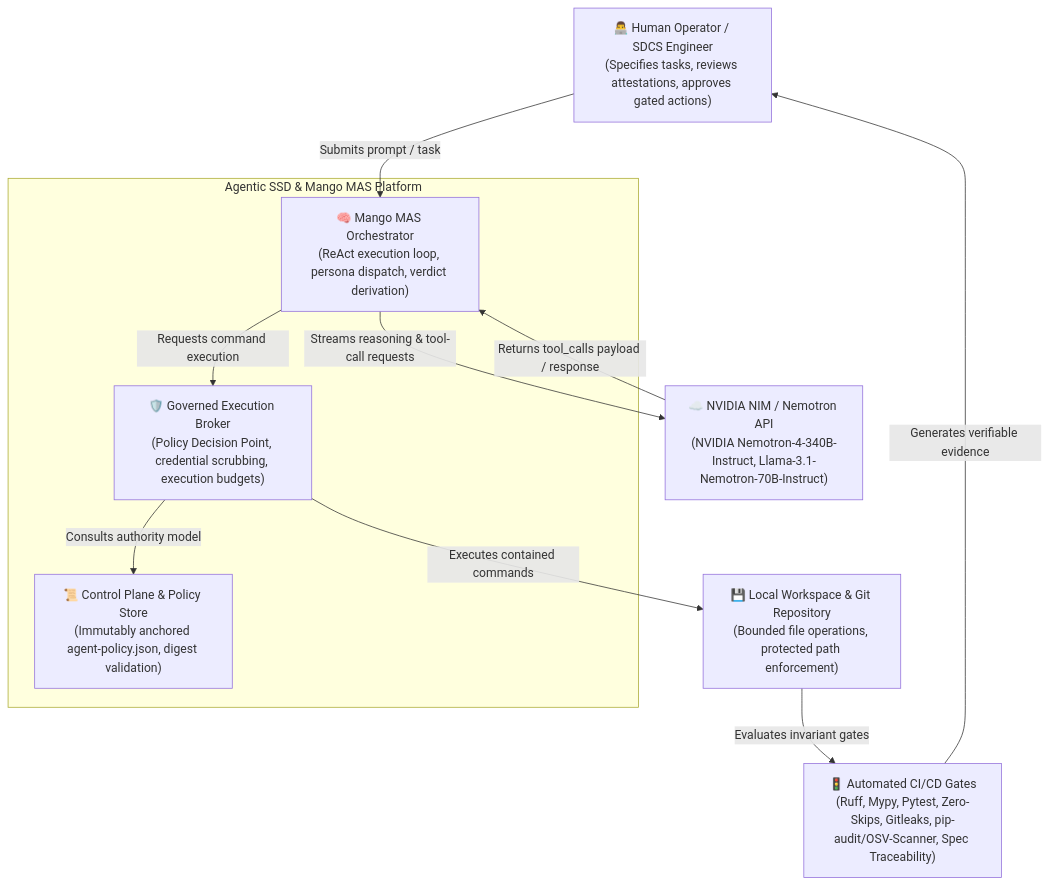
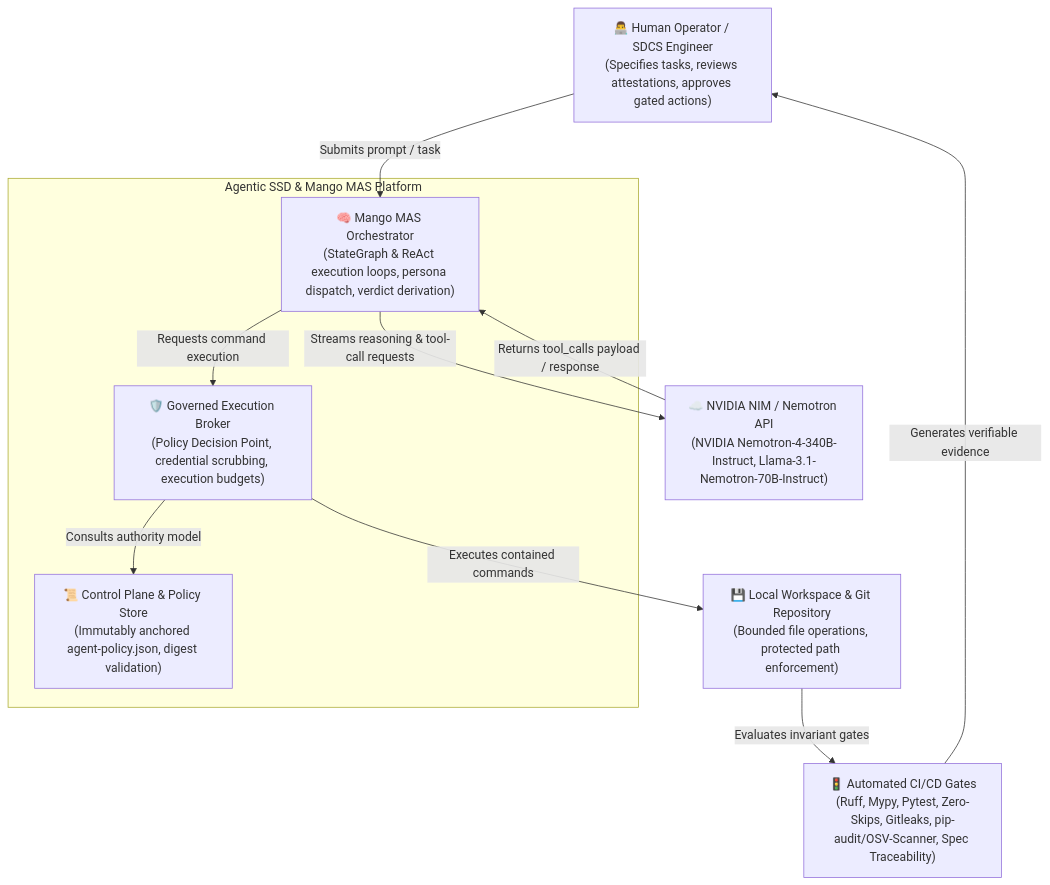
The first of 3 diagrams in docs/architecture/c4_architecture.md (ianshank/Mango_Code_Agent-Harness), drawn with Mermaid before and after one commit. The commit also changed other lines of this file and 27 other files, not shown here.

````diff
--- a/docs/architecture/c4_architecture.md
+++ b/docs/architecture/c4_architecture.md
@@ -13,23 +13,23 @@
 ```mermaid
 graph TD
     User["👨‍💻 Human Operator / SDCS Engineer<br/>(Specifies tasks, reviews attestations, approves gated actions)"]
     
     subgraph Harness_System ["Agentic SSD & Mango MAS Platform"]
-        Orchestrator["🧠 Mango MAS Orchestrator<br/>(ReAct execution loop, persona dispatch, verdict derivation)"]
+        Orchestrator["🧠 Mango MAS Orchestrator<br/>(StateGraph & ReAct execution loops, persona dispatch, verdict derivation)"]
         Broker["🛡️ Governed Execution Broker<br/>(Policy Decision Point, credential scrubbing, execution budgets)"]
         ControlPlane["📜 Control Plane & Policy Store<br/>(Immutably anchored agent-policy.json, digest validation)"]
     end
     
     NIM["☁️ NVIDIA NIM / Nemotron API<br/>(NVIDIA Nemotron-4-340B-Instruct, Llama-3.1-Nemotron-70B-Instruct)"]
     LocalFS["💾 Local Workspace & Git Repository<br/>(Bounded file operations, protected path enforcement)"]
     CIGates["🚦 Automated CI/CD Gates<br/>(Ruff, Mypy, Pytest, Zero-Skips, Gitleaks, pip-audit/OSV-Scanner, Spec Traceability)"]
 
     User -->|Submits prompt / task| Orchestrator
     Orchestrator -->|Streams reasoning & tool-call requests| NIM
     NIM -->|Returns tool_calls payload / response| Orchestrator
     Orchestrator -->|Requests command execution| Broker
     Broker -->|Consults authority model| ControlPlane
     Broker -->|Executes contained commands| LocalFS
     LocalFS -->|Evaluates invariant gates| CIGates
     CIGates -->|Generates verifiable evidence| User
 ```
````
